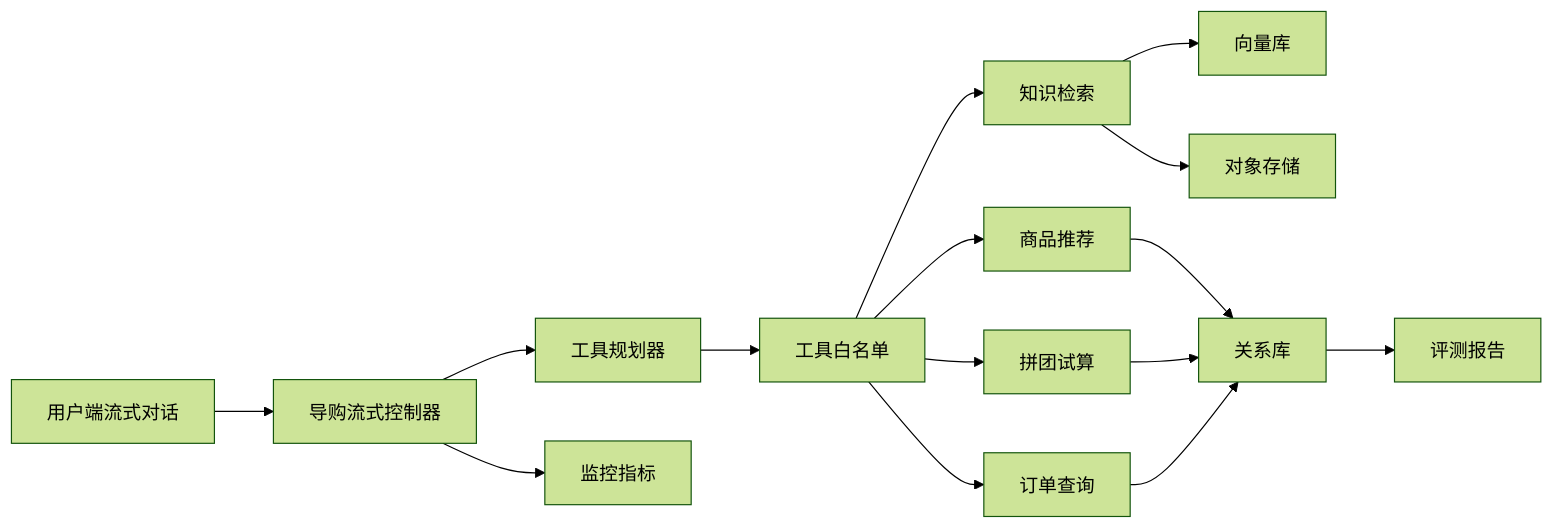
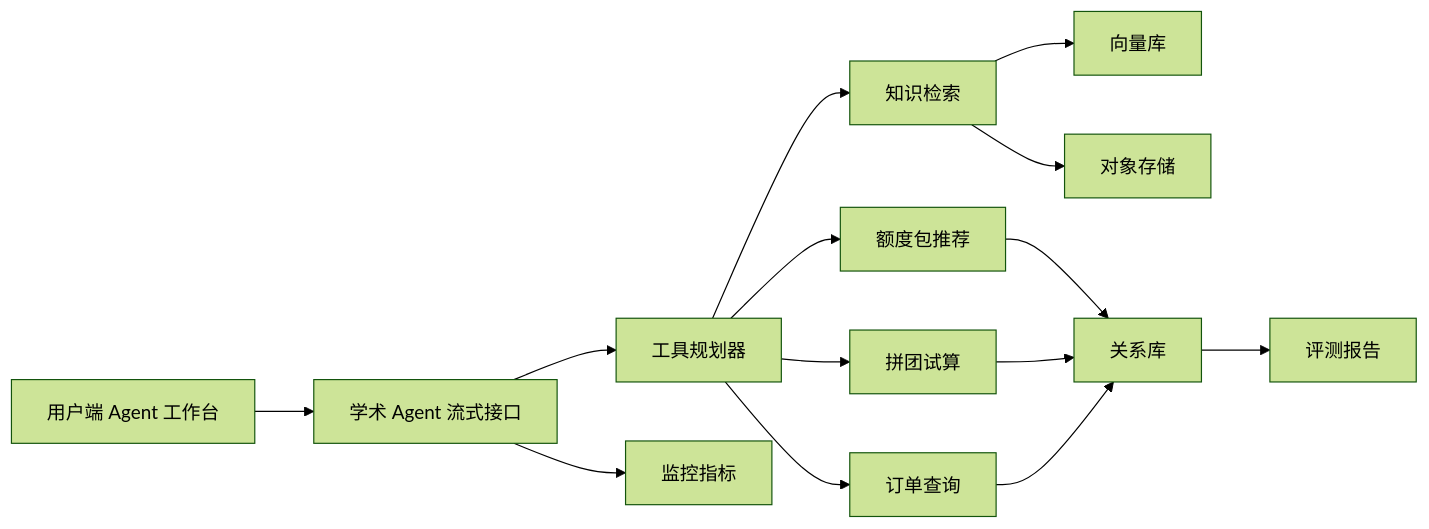
Before and after one commit to zhanglinrun/agent-group: the diagram in README.md, drawn with Mermaid (forest theme). The commit also changed other lines of this file and 309 other files, not shown here.

````diff
--- a/README.md
+++ b/README.md
@@ -21,17 +20,16 @@
 ```mermaid
 flowchart LR
-    U[用户端流式对话] --> C[导购流式控制器]
-    C --> P[工具规划器]
-    P --> T[工具白名单]
-    T --> K[知识检索]
-    T --> R[商品推荐]
-    T --> G[拼团试算]
-    T --> O[订单查询]
+    U[用户端 Agent 工作台] --> A[学术 Agent 流式接口]
+    A --> P[工具规划器]
+    P --> K[知识检索]
+    P --> Q[额度包推荐]
+    P --> G[拼团试算]
+    P --> O[订单查询]
     K --> V[向量库]
     K --> M[对象存储]
-    R --> D[关系库]
+    Q --> D[关系库]
     G --> D
     O --> D
     D --> E[评测报告]
-    C --> S[监控指标]
+    A --> S[监控指标]
 ```
````
